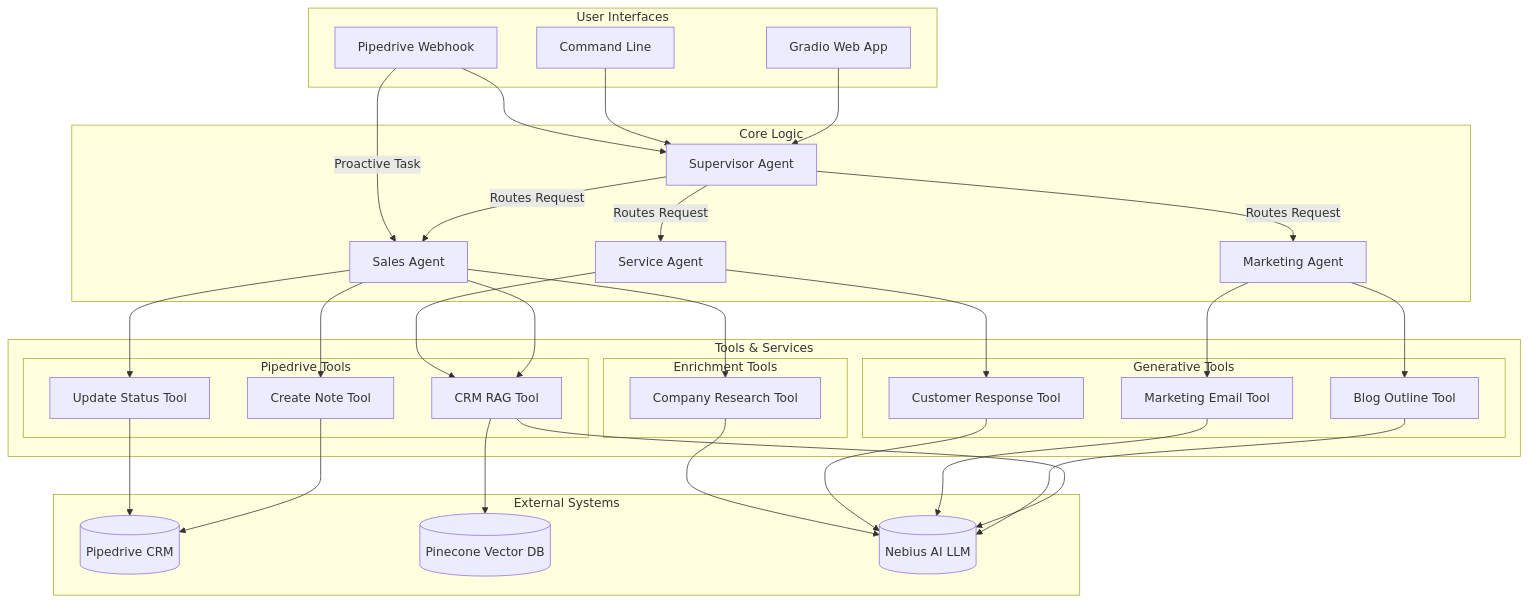
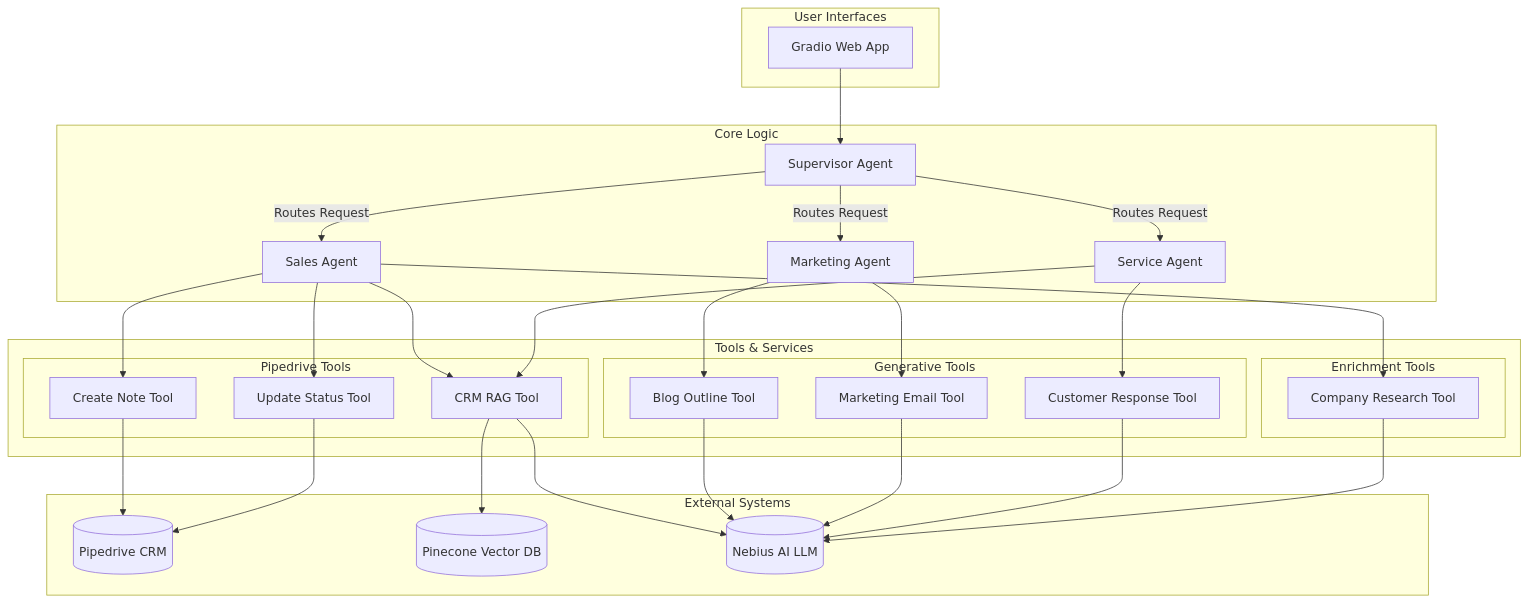
The diagram in README.md (sachin62025/crm-ai-agent), drawn with Mermaid before and after one commit.

Commit message:
mermaid change

````diff
--- a/README.md
+++ b/README.md
@@ -23,69 +23,64 @@
 ```mermaid
 graph TD
     subgraph User Interfaces
         UI[ Gradio Web App]
-        CLI[ Command Line]
-        WH[ Pipedrive Webhook]
     end
 
     subgraph Core Logic
         SUP[ Supervisor Agent]
         SA[ Sales Agent]
         MA[ Marketing Agent]
         SE[ Service Agent]
     end
 
     subgraph Tools & Services
         subgraph Pipedrive Tools
             RAG[ CRM RAG Tool]
             NOTE[ Create Note Tool]
             STAT[ Update Status Tool]
         end
         subgraph Generative Tools
             BLOG[ Blog Outline Tool]
             EMAIL[ Marketing Email Tool]
             RESP[ Customer Response Tool]
         end
         subgraph Enrichment Tools
             RES[ Company Research Tool]
         end
     end
 
     subgraph External Systems
         CRM[(Pipedrive CRM)]
         VDB[(Pinecone Vector DB)]
         LLM[(Nebius AI LLM)]
     end
 
     %% Connections
     UI --> SUP;
-    CLI --> SUP;
-    WH --> SUP;
 
     SUP -->|Routes Request| SA;
     SUP -->|Routes Request| MA;
     SUP -->|Routes Request| SE;
-    WH -->|"Proactive Task"| SA;
 
     SA --> RAG;
     SA --> NOTE;
     SA --> STAT;
     SA --> RES;
 
     MA --> BLOG;
     MA --> EMAIL;
   
     SE --> RAG;
     SE --> RESP;
 
     RAG --> VDB;
     NOTE --> CRM;
     STAT --> CRM;
   
     RAG --> LLM;
     BLOG --> LLM;
     EMAIL --> LLM;
     RESP --> LLM;
     RES --> LLM;
 
 ```
````
